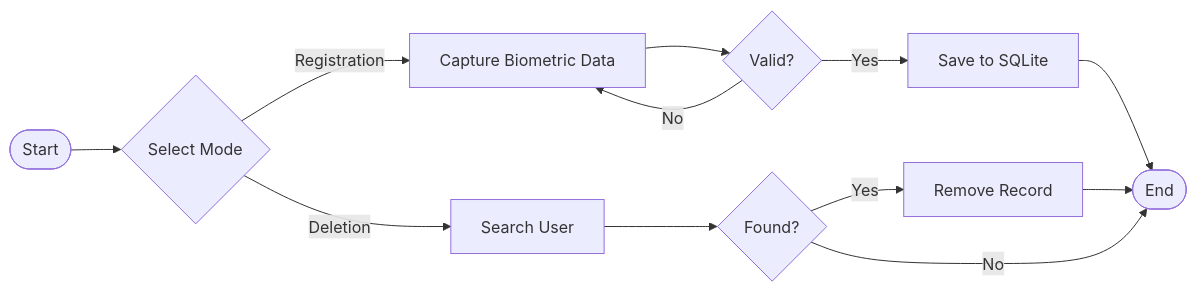
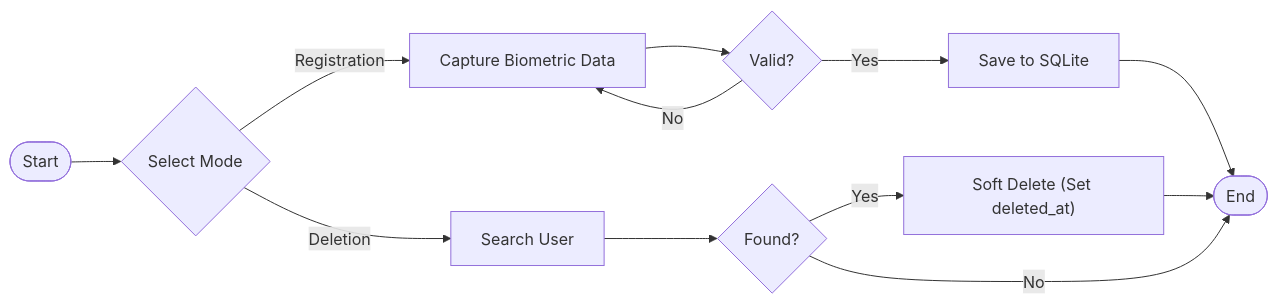
Before and after one commit to asdcainicela/QtFaceAuth: the third of 3 diagrams in docs/architecture.md, drawn with Mermaid. The commit also changed other lines of this file and 6 other files, not shown here.

````diff
--- a/docs/architecture.md
+++ b/docs/architecture.md
@@ -46,15 +46,15 @@
 ```mermaid
 graph LR
     Start([Start]) --> Mode{Select Mode}
     Mode -- Registration --> Capture[Capture Biometric Data]
     Capture --> Valid{Valid?}
     Valid -- Yes --> Save[Save to SQLite]
     Save --> End([End])
     Valid -- No --> Capture
     
     Mode -- Deletion --> Search[Search User]
     Search --> Found{Found?}
-    Found -- Yes --> Delete[Remove Record]
+    Found -- Yes --> Delete["Soft Delete (Set deleted_at)"]
     Delete --> End
     Found -- No --> End
 ```
````
